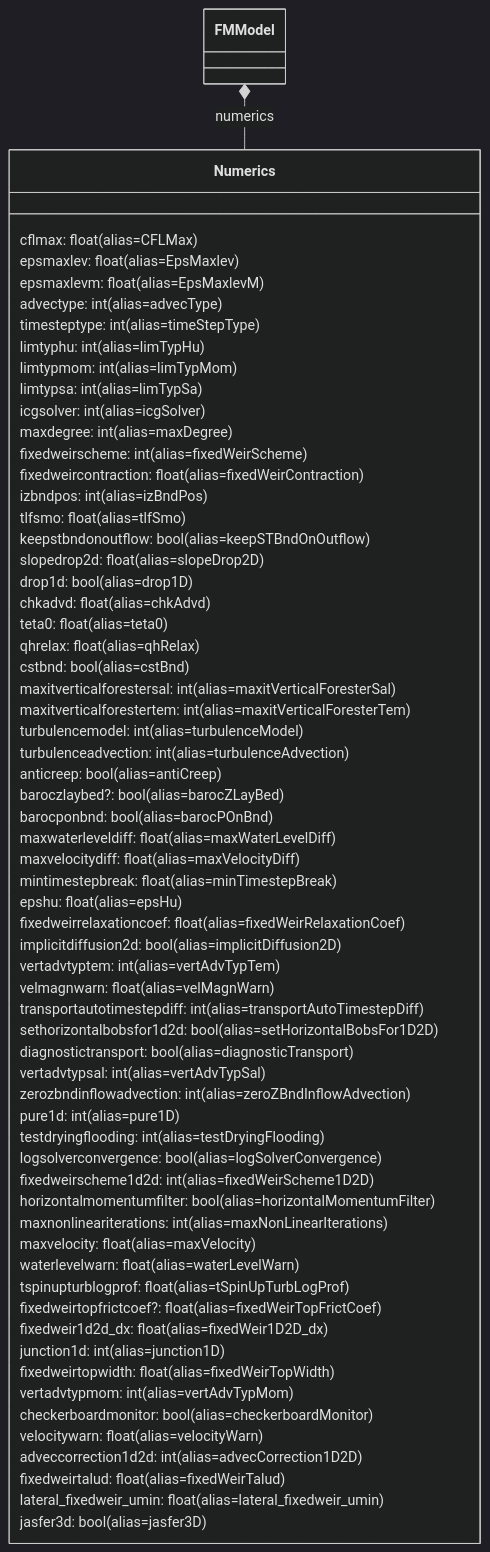
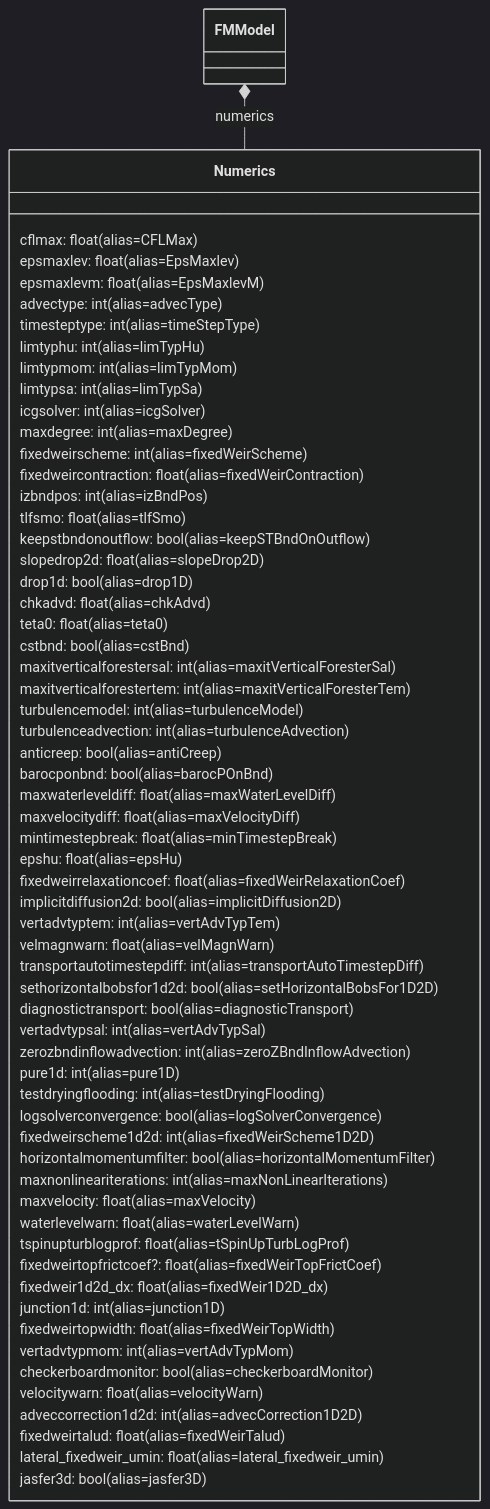
One commit to Deltares/HYDROLIB-core changed the third of 8 diagrams in docs/reference/dflowfm/mdu/fm-model-attributes-detailed.md. Above: the diagram before and after it, drawn with Mermaid (dark theme). The commit also changed other lines of this file and 40 other files, not shown here.

````diff
--- a/docs/reference/dflowfm/mdu/fm-model-attributes-detailed.md
+++ b/docs/reference/dflowfm/mdu/fm-model-attributes-detailed.md
@@ -215,72 +213,70 @@
 ```mermaid
 classDiagram
     direction TB
 
     class Numerics {
       cflmax: float (alias=CFLMax)
       epsmaxlev: float (alias=EpsMaxlev)
       epsmaxlevm: float (alias=EpsMaxlevM)
       advectype: int (alias=advecType)
       timesteptype: int (alias=timeStepType)
       limtyphu: int (alias=limTypHu)
       limtypmom: int (alias=limTypMom)
       limtypsa: int (alias=limTypSa)
       icgsolver: int (alias=icgSolver)
       maxdegree: int (alias=maxDegree)
       fixedweirscheme: int (alias=fixedWeirScheme)
       fixedweircontraction: float (alias=fixedWeirContraction)
       izbndpos: int (alias=izBndPos)
       tlfsmo: float (alias=tlfSmo)
       keepstbndonoutflow: bool (alias=keepSTBndOnOutflow)
       slopedrop2d: float (alias=slopeDrop2D)
       drop1d: bool (alias=drop1D)
       chkadvd: float (alias=chkAdvd)
       teta0: float (alias=teta0)
-      qhrelax: float (alias=qhRelax)
       cstbnd: bool (alias=cstBnd)
       maxitverticalforestersal: int (alias=maxitVerticalForesterSal)
       maxitverticalforestertem: int (alias=maxitVerticalForesterTem)
       turbulencemodel: int (alias=turbulenceModel)
       turbulenceadvection: int (alias=turbulenceAdvection)
       anticreep: bool (alias=antiCreep)
-      baroczlaybed?: bool (alias=barocZLayBed)
       barocponbnd: bool (alias=barocPOnBnd)
       maxwaterleveldiff: float (alias=maxWaterLevelDiff)
       maxvelocitydiff: float (alias=maxVelocityDiff)
       mintimestepbreak: float (alias=minTimestepBreak)
       epshu: float (alias=epsHu)
       fixedweirrelaxationcoef: float (alias=fixedWeirRelaxationCoef)
       implicitdiffusion2d: bool (alias=implicitDiffusion2D)
       vertadvtyptem: int (alias=vertAdvTypTem)
       velmagnwarn: float (alias=velMagnWarn)
       transportautotimestepdiff: int (alias=transportAutoTimestepDiff)
       sethorizontalbobsfor1d2d: bool (alias=setHorizontalBobsFor1D2D)
       diagnostictransport: bool (alias=diagnosticTransport)
       vertadvtypsal: int (alias=vertAdvTypSal)
       zerozbndinflowadvection: int (alias=zeroZBndInflowAdvection)
       pure1d: int (alias=pure1D)
       testdryingflooding: int (alias=testDryingFlooding)
       logsolverconvergence: bool (alias=logSolverConvergence)
       fixedweirscheme1d2d: int (alias=fixedWeirScheme1D2D)
       horizontalmomentumfilter: bool (alias=horizontalMomentumFilter)
       maxnonlineariterations: int (alias=maxNonLinearIterations)
       maxvelocity: float (alias=maxVelocity)
       waterlevelwarn: float (alias=waterLevelWarn)
       tspinupturblogprof: float (alias=tSpinUpTurbLogProf)
       fixedweirtopfrictcoef?: float (alias=fixedWeirTopFrictCoef)
       fixedweir1d2d_dx: float (alias=fixedWeir1D2D_dx)
       junction1d: int (alias=junction1D)
       fixedweirtopwidth: float (alias=fixedWeirTopWidth)
       vertadvtypmom: int (alias=vertAdvTypMom)
       checkerboardmonitor: bool (alias=checkerboardMonitor)
       velocitywarn: float (alias=velocityWarn)
       adveccorrection1d2d: int (alias=advecCorrection1D2D)
       fixedweirtalud: float (alias=fixedWeirTalud)
       lateral_fixedweir_umin: float (alias=lateral_fixedweir_umin)
       jasfer3d: bool (alias=jasfer3D)
     }
 
     %% Connect to FMModel like in the consolidated overview
     class FMModel
     FMModel *-- Numerics : numerics
 ```
````
